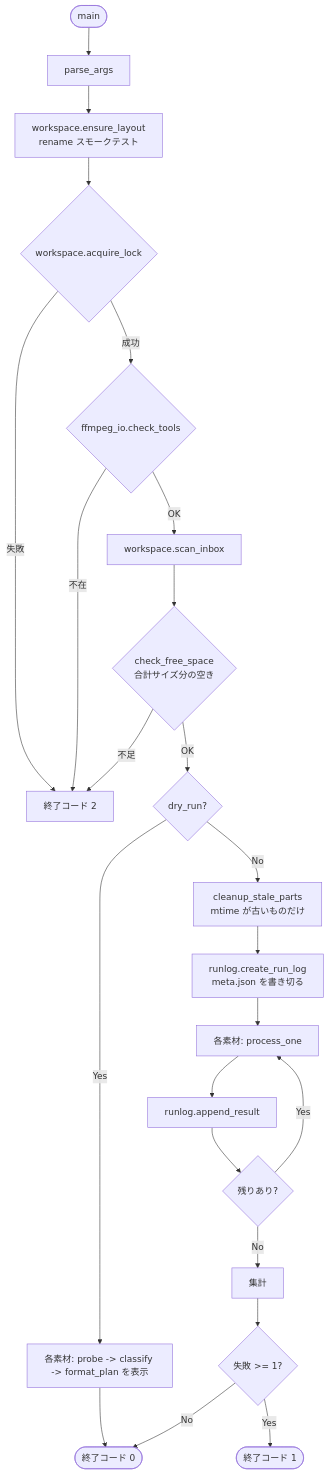
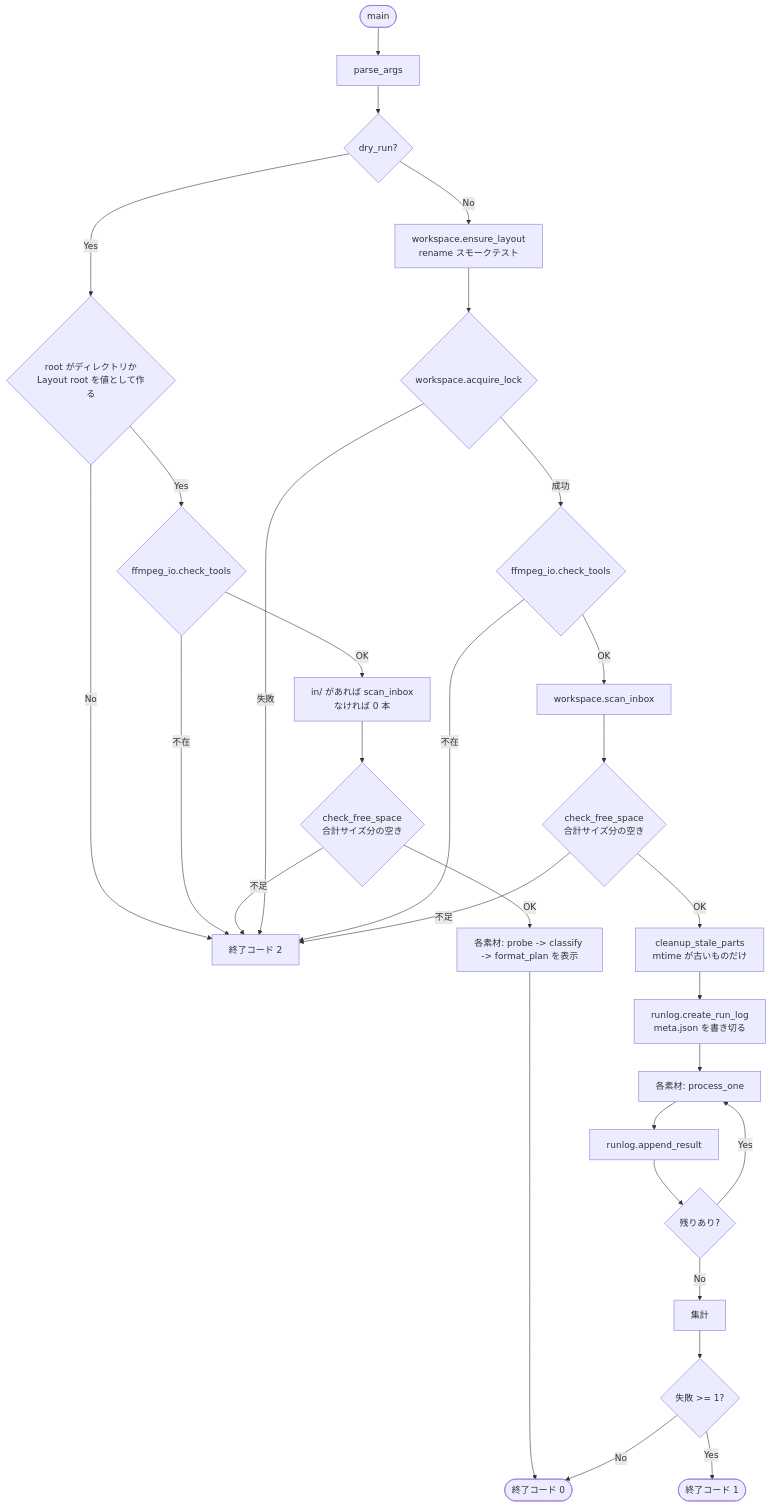
Before and after one commit to Takumi-Sekiya/video_compressor: the second of 3 diagrams in design.md, drawn with Mermaid. The commit also changed other lines of this file and 1 other file, not shown here.

````diff
--- a/design.md
+++ b/design.md
@@ -1081,27 +1193,34 @@
 ```mermaid
 flowchart TD
     start([main]) --> parse[parse_args]
-    parse --> ensure[workspace.ensure_layout<br/>rename スモークテスト]
+    parse --> dryrun{dry_run?}
+
+    dryrun -->|Yes| rootd{root がディレクトリか<br/>Layout root を値として作る}
+    rootd -->|No| exit2[終了コード 2]
+    rootd -->|Yes| toolsd{ffmpeg_io.check_tools}
+    toolsd -->|不在| exit2
+    toolsd -->|OK| scand[in/ があれば scan_inbox<br/>なければ 0 本]
+    scand --> spaced{check_free_space<br/>合計サイズ分の空き}
+    spaced -->|不足| exit2
+    spaced -->|OK| loopd[各素材: probe -> classify -> format_plan を表示]
+    loopd --> exit0([終了コード 0])
+
+    dryrun -->|No| ensure[workspace.ensure_layout<br/>rename スモークテスト]
     ensure --> lock{workspace.acquire_lock}
-    lock -->|失敗| exit2[終了コード 2]
+    lock -->|失敗| exit2
     lock -->|成功| tools{ffmpeg_io.check_tools}
     tools -->|不在| exit2
     tools -->|OK| scan[workspace.scan_inbox]
     scan --> space{check_free_space<br/>合計サイズ分の空き}
     space -->|不足| exit2
-    space -->|OK| dryrun{dry_run?}
-
-    dryrun -->|Yes| loopd[各素材: probe -> classify -> format_plan を表示]
-    loopd --> exit0([終了コード 0])
-
-    dryrun -->|No| cleanup[cleanup_stale_parts<br/>mtime が古いものだけ]
+    space -->|OK| cleanup[cleanup_stale_parts<br/>mtime が古いものだけ]
     cleanup --> meta[runlog.create_run_log<br/>meta.json を書き切る]
     meta --> loop[各素材: process_one]
     loop --> append[runlog.append_result]
     append --> more{残りあり?}
     more -->|Yes| loop
     more -->|No| agg[集計]
     agg --> code{失敗 >= 1?}
     code -->|Yes| exit1([終了コード 1])
     code -->|No| exit0
 ```
````
